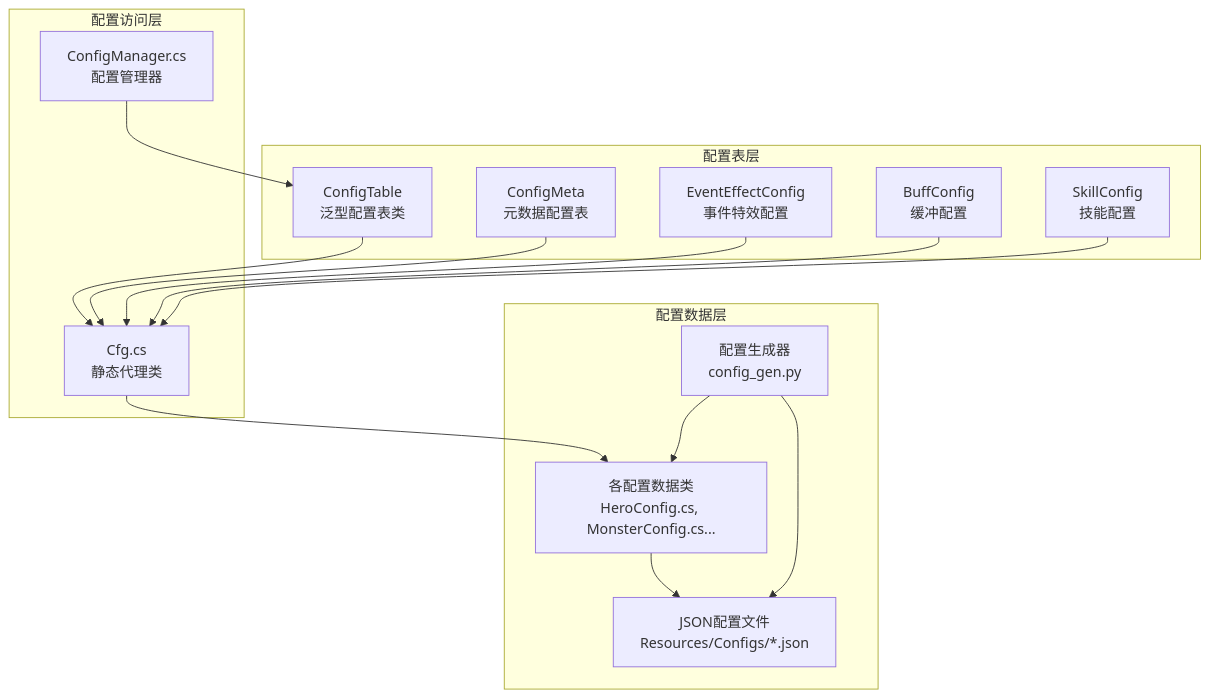
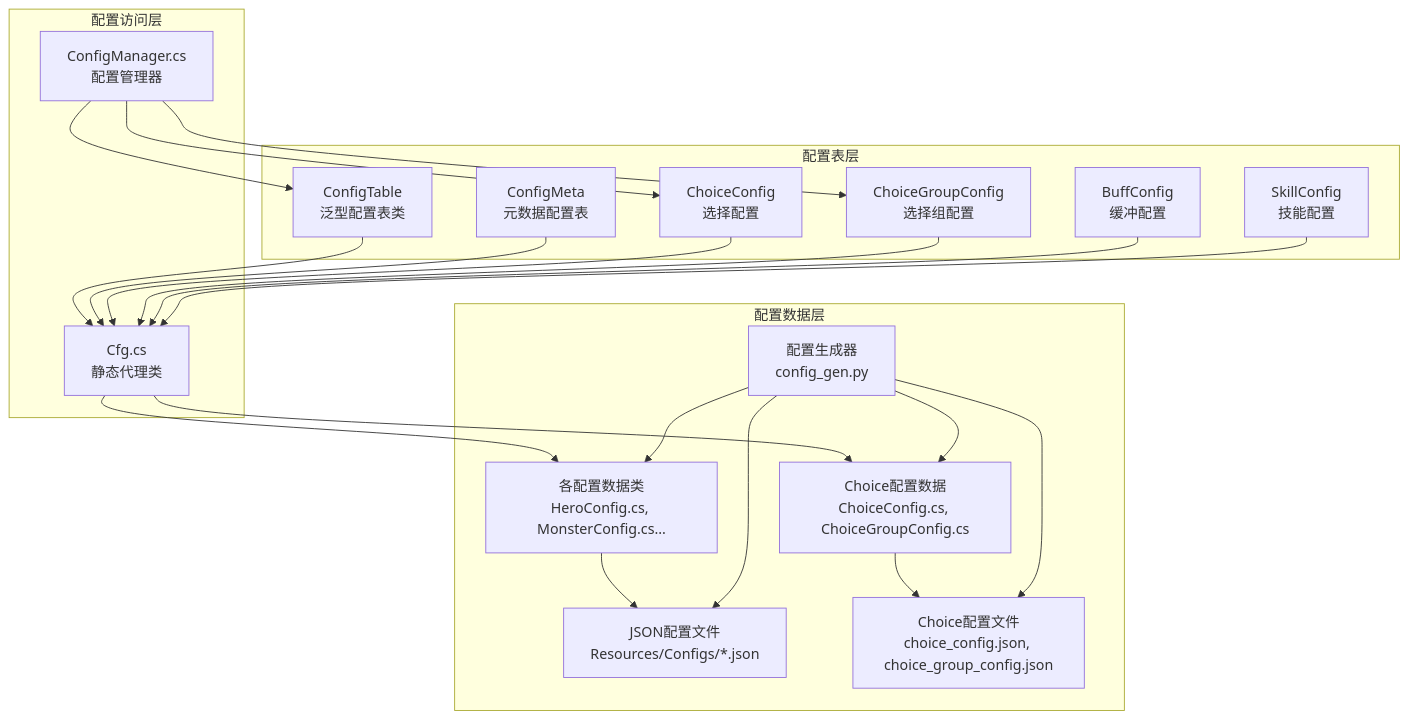
One commit to Tuusen/p1_client changed the first of 4 diagrams in .qoder/repowiki/zh/content/配置管理系统/配置管理系统.md. Above: the diagram before and after it, drawn with Mermaid. The commit also changed other lines of this file and 40 other files, not shown here.

````diff
--- a/.qoder/repowiki/zh/content/配置管理系统/配置管理系统.md
+++ b/.qoder/repowiki/zh/content/配置管理系统/配置管理系统.md
@@ -59,29 +65,39 @@
 ```mermaid
 graph TB
 subgraph "配置表层"
 CT["ConfigTable<TItem, TMeta><br/>泛型配置表类"]
 CM["ConfigMeta<TMeta><br/>元数据配置表"]
-EE["EventEffectConfig<br/>事件特效配置"]
+CC["ChoiceConfig<br/>选择配置"]
+CG["ChoiceGroupConfig<br/>选择组配置"]
 BC["BuffConfig<br/>缓冲配置"]
 SC["SkillConfig<br/>技能配置"]
 end
 subgraph "配置访问层"
 CFG["Cfg.cs<br/>静态代理类"]
 CMGR["ConfigManager.cs<br/>配置管理器"]
 end
 subgraph "配置数据层"
 DATA["各配置数据类<br/>HeroConfig.cs, MonsterConfig.cs..."]
+CHOICE_DATA["Choice配置数据<br/>ChoiceConfig.cs, ChoiceGroupConfig.cs"]
 JSON["JSON配置文件<br/>Resources/Configs/*.json"]
+CHOICE_JSON["Choice配置文件<br/>choice_config.json, choice_group_config.json"]
 GEN["配置生成器<br/>config_gen.py"]
 end
 CT --> CFG
 CM --> CFG
-EE --> CFG
+CC --> CFG
+CG --> CFG
 BC --> CFG
 SC --> CFG
 CMGR --> CT
+CMGR --> CC
+CMGR --> CG
 CFG --> DATA
+CFG --> CHOICE_DATA
 DATA --> JSON
+CHOICE_DATA --> CHOICE_JSON
 GEN --> DATA
+GEN --> CHOICE_DATA
 GEN --> JSON
+GEN --> CHOICE_JSON
 ```
````
